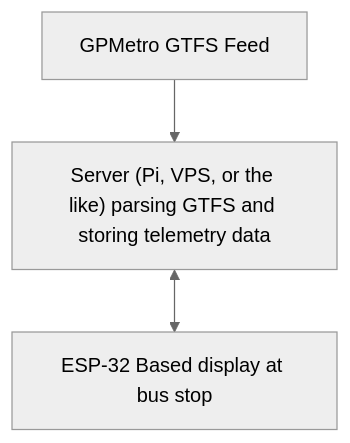
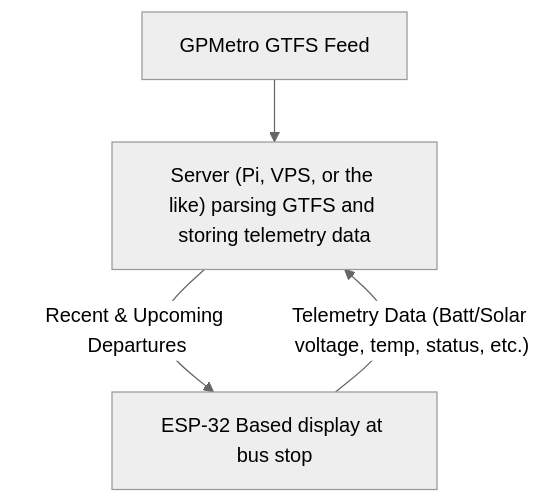
One commit to maland16/bus-departure-board changed the diagram in README.md. Above: the diagram before and after it, drawn with Mermaid (neutral theme). The commit also changed other lines of this file and 2 other files, not shown here.

````diff
--- a/README.md
+++ b/README.md
@@ -6,6 +6,8 @@
 ```mermaid
 graph TD;
 
     A[GPMetro GTFS Feed] --> B["Server (Pi, VPS, or the like) parsing GTFS and storing telemetry data"];
-    B <--> C[ESP-32 Based display at bus stop];
+    B -->|Recent & Upcoming Departures|C[ESP-32 Based display at bus stop];
+
+    C -->|"Telemetry Data (Batt/Solar voltage, temp, status, etc.)"|B;
 ```
````
